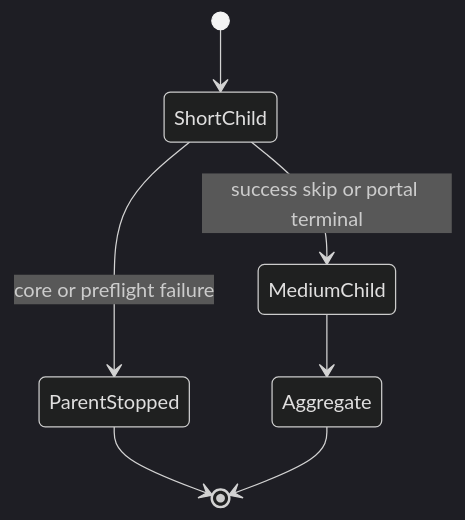
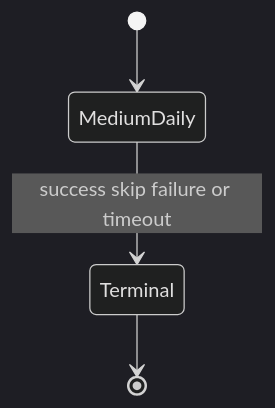
The fourth of 4 diagrams in .github/modernize/assessment/engines/facts/orchestrator-architecture.md (brjeong-private/sp500-candidate-engine), drawn with Mermaid (dark theme) before and after one commit. The commit also changed other lines of this file and 69 other files, not shown here.

````diff
--- a/.github/modernize/assessment/engines/facts/orchestrator-architecture.md
+++ b/.github/modernize/assessment/engines/facts/orchestrator-architecture.md
@@ -204,9 +188,6 @@
 ```mermaid
 stateDiagram-v2
-    [*] --> ShortChild
-    ShortChild --> ParentStopped: core or preflight failure
-    ShortChild --> MediumChild: success skip or portal terminal
-    MediumChild --> Aggregate
-    ParentStopped --> [*]
-    Aggregate --> [*]
+    [*] --> MediumDaily
+    MediumDaily --> Terminal: success skip failure or timeout
+    Terminal --> [*]
 ```
````
